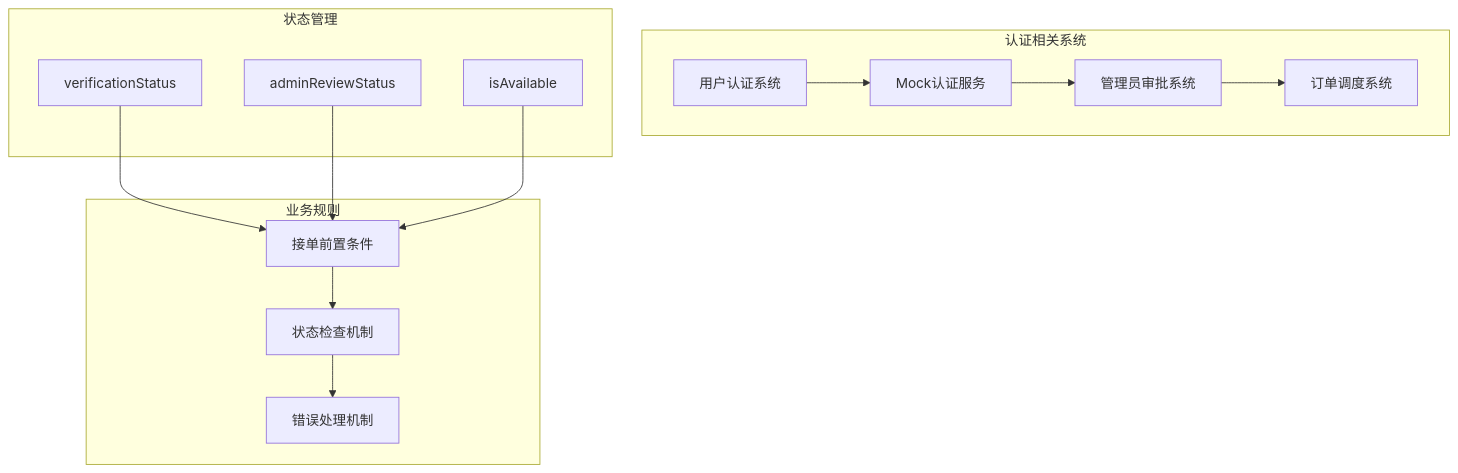
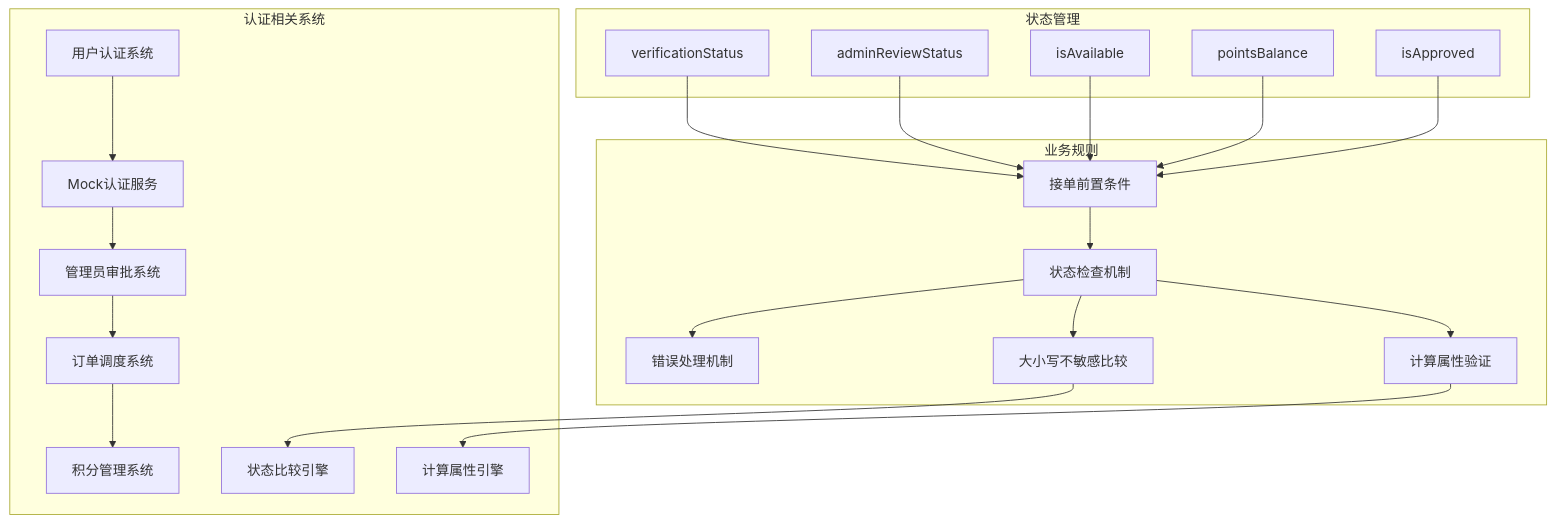
Diagram 16 of 21 in .qoder/repowiki/zh/content/核心功能模块/志愿者功能/志愿者认证管理.md (Jayden23018/blind-run-ios), drawn with Mermaid before and after one commit. The commit also changed other lines of this file and 9 other files, not shown here.

````diff
--- a/.qoder/repowiki/zh/content/核心功能模块/志愿者功能/志愿者认证管理.md
+++ b/.qoder/repowiki/zh/content/核心功能模块/志愿者功能/志愿者认证管理.md
@@ -475,27 +630,41 @@
 ```mermaid
 graph TB
 subgraph "认证相关系统"
 A[用户认证系统]
 B[Mock认证服务]
 C[管理员审批系统]
 D[订单调度系统]
+E[积分管理系统]
+F[状态比较引擎]
+G[计算属性引擎]
 end
 subgraph "状态管理"
-E[verificationStatus]
-F[adminReviewStatus]
-G[isAvailable]
+H[verificationStatus]
+I[adminReviewStatus]
+J[isAvailable]
+K[pointsBalance]
+L[isApproved]
 end
 subgraph "业务规则"
-H[接单前置条件]
-I[状态检查机制]
-J[错误处理机制]
+M[接单前置条件]
+N[状态检查机制]
+O[错误处理机制]
+P[大小写不敏感比较]
+Q[计算属性验证]
 end
 A --> B
 B --> C
 C --> D
-E --> H
-F --> H
-G --> H
-H --> I
-I --> J
+D --> E
+H --> M
+I --> M
+J --> M
+K --> M
+L --> M
+M --> N
+N --> O
+N --> P
+N --> Q
+P --> F
+Q --> G
 ```
````
